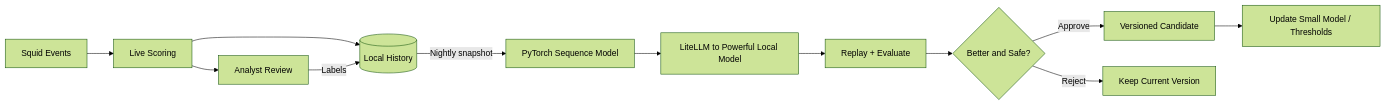
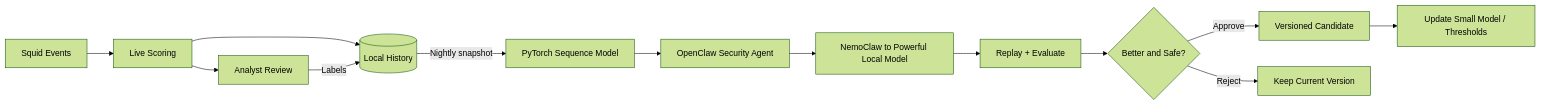
One commit to ric03uec/dell-x-nvidia-hackathon changed the second of 3 diagrams in docs/exfiltration-protection-architecture.md. Above: the diagram before and after it, drawn with Mermaid (forest theme). The commit also changed other lines of this file and 1 other file, not shown here.

````diff
--- a/docs/exfiltration-protection-architecture.md
+++ b/docs/exfiltration-protection-architecture.md
@@ -316,14 +326,15 @@
 ```mermaid
 flowchart LR
     SQUID[Squid Events] --> LIVE[Live Scoring]
     LIVE --> STORE[(Local History)]
     LIVE --> REVIEW[Analyst Review]
     REVIEW -->|Labels| STORE
     STORE -->|Nightly snapshot| GPU[PyTorch Sequence Model]
-    GPU --> LITELLM[LiteLLM to Powerful Local Model]
-    LITELLM --> TEST[Replay + Evaluate]
+    GPU --> SECURITY[OpenClaw Security Agent]
+    SECURITY --> NEMO[NemoClaw to Powerful Local Model]
+    NEMO --> TEST[Replay + Evaluate]
     TEST --> GATE{Better and Safe?}
     GATE -->|Approve| VERSION[Versioned Candidate]
     VERSION --> DEPLOY[Update Small Model / Thresholds]
     GATE -->|Reject| KEEP[Keep Current Version]
 ```
````
